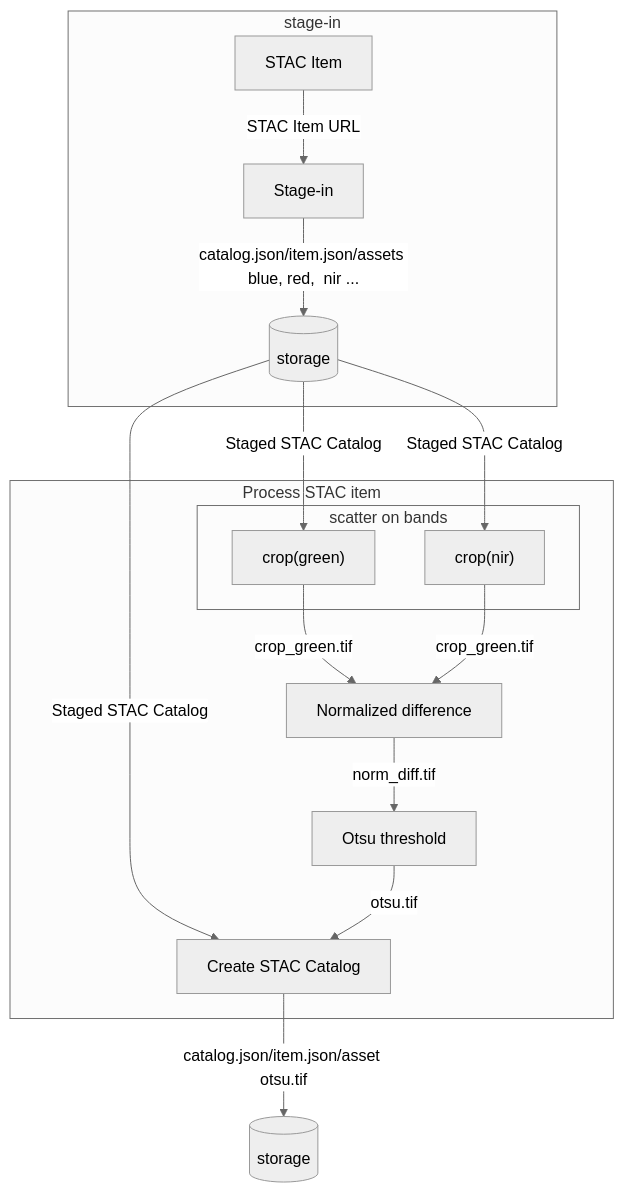
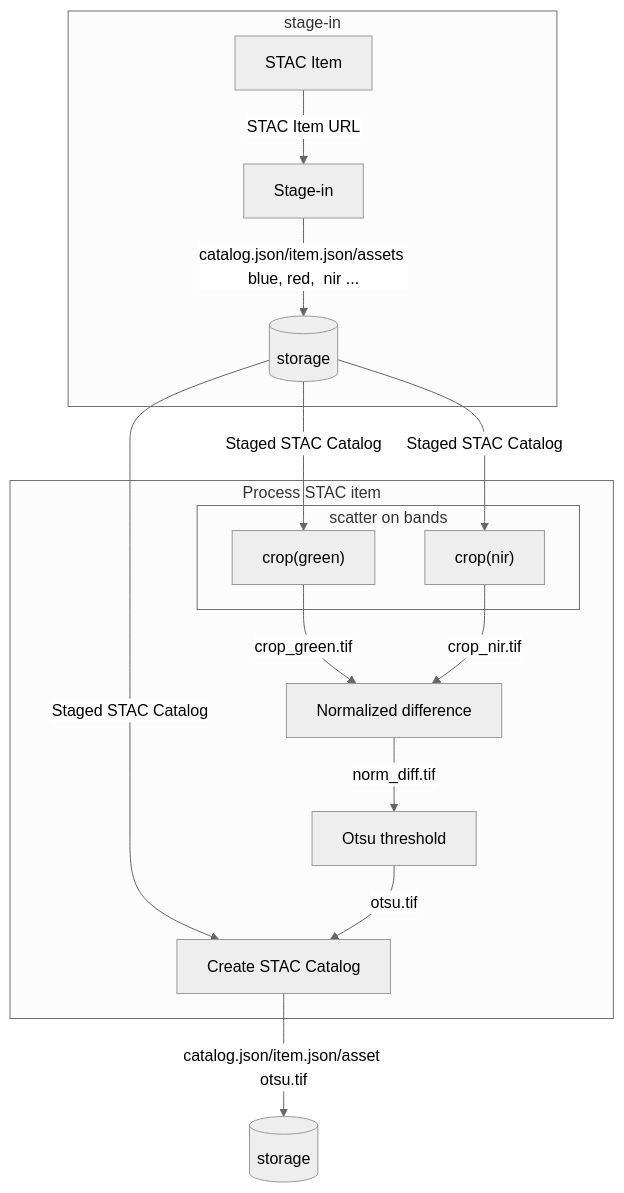
The second of 2 diagrams in docs/app/water-bodies-detection.md (eoap/mastering-app-package), drawn with Mermaid (neutral theme) before and after one commit.

Commit message:
fix typo in graph

````diff
--- a/docs/app/water-bodies-detection.md
+++ b/docs/app/water-bodies-detection.md
@@ -58,21 +58,21 @@
 ``` mermaid
 graph TB
 subgraph stage-in
   A[STAC Item] -- STAC Item URL --> AA[Stage-in]
   AA[Stage-in] -- catalog.json/item.json/assets blue, red,  nir ... --> AB[(storage)]
 end
 subgraph Process STAC item
   AB[(storage)] -- Staged STAC Catalog --> B
   AB[(storage)] -- Staged STAC Catalog --> C
   AB[(storage)] -- Staged STAC Catalog --> F
 subgraph scatter on bands
   B["crop(green)"];
   C["crop(nir)"];
 end
   B["crop(green)"] -- crop_green.tif --> D[Normalized difference];
-  C["crop(nir)"] -- crop_green.tif --> D[Normalized difference];
+  C["crop(nir)"] -- crop_nir.tif --> D[Normalized difference];
   D -- norm_diff.tif --> E[Otsu threshold]
 end
   E -- otsu.tif --> F[Create STAC Catalog]
   F -- "catalog.json/item.json/asset otsu.tif" --> G[(storage)]
 ```
````
